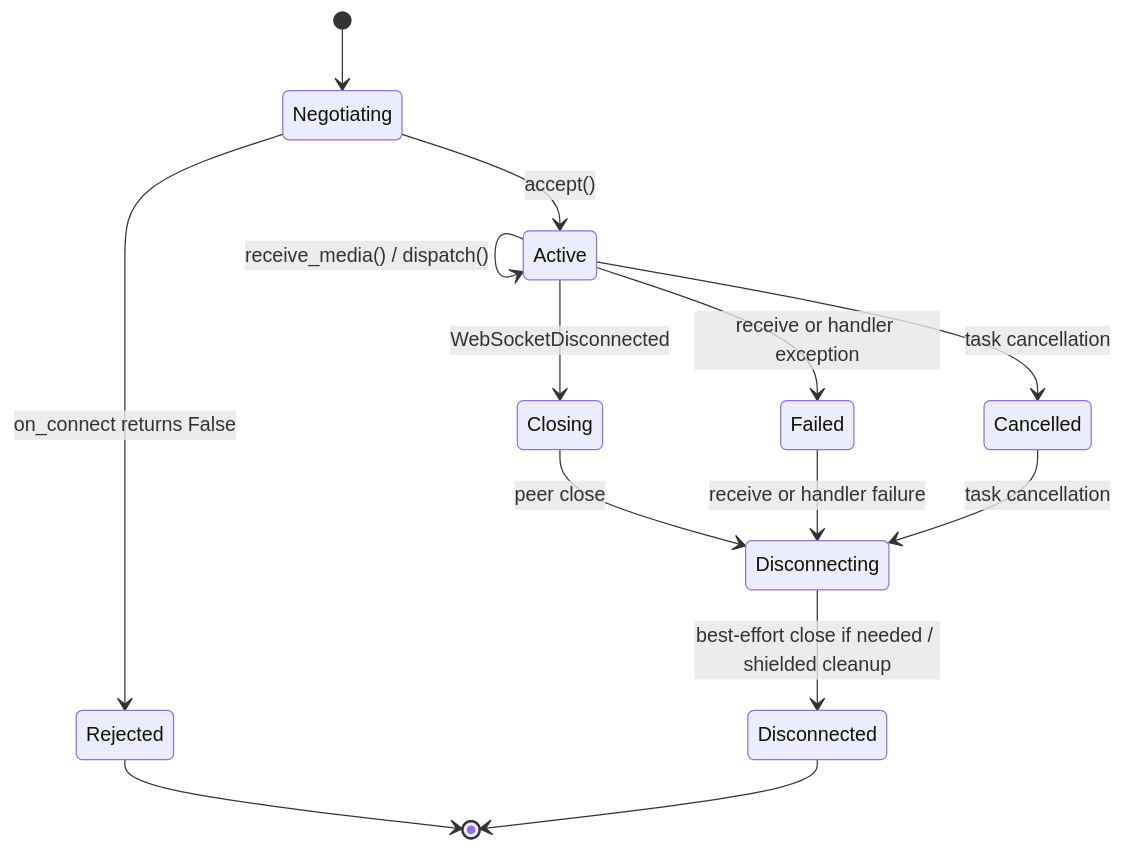
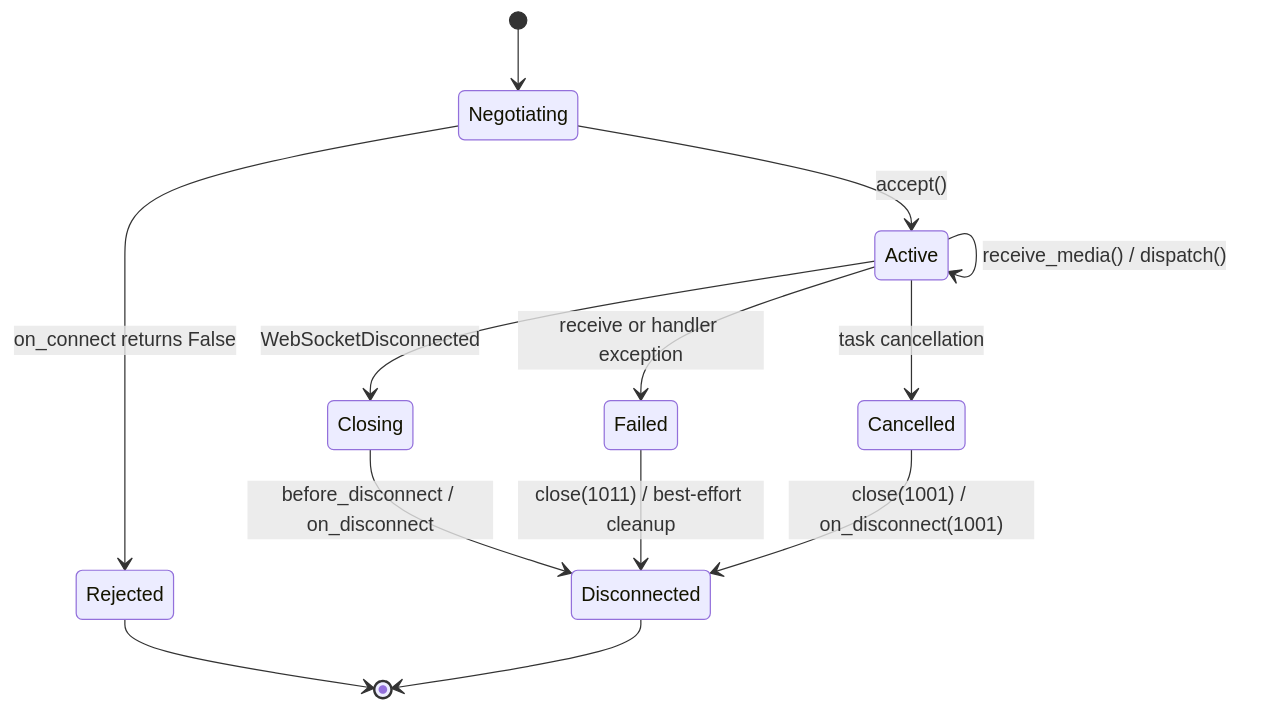
Before and after one commit to leynos/falcon-pachinko: diagram 14 of 20 in docs/falcon-websocket-extension-design.md, drawn with Mermaid. The commit also changed other lines of this file and 94 other files, not shown here.

````diff
--- a/docs/falcon-websocket-extension-design.md
+++ b/docs/falcon-websocket-extension-design.md
@@ -1698,18 +1728,17 @@
 ```mermaid
 stateDiagram-v2
     accTitle: WebSocket session state transitions
     accDescr: Negotiation accepts or rejects. Active dispatches until close, error, or cancellation; cleanup follows.
     [*] --> Negotiating
     Negotiating --> Rejected: on_connect returns False
     Negotiating --> Active: accept()
     Active --> Active: receive_media() / dispatch()
     Active --> Closing: WebSocketDisconnected
     Active --> Failed: receive or handler exception
     Active --> Cancelled: task cancellation
-    Closing --> Disconnecting: peer close
-    Failed --> Disconnecting: receive or handler failure
-    Cancelled --> Disconnecting: task cancellation
-    Disconnecting --> Disconnected: best-effort close if needed / shielded cleanup
+    Closing --> Disconnected: before_disconnect / on_disconnect
+    Failed --> Disconnected: close(1011) / best-effort cleanup
+    Cancelled --> Disconnected: close(1001) / on_disconnect(1001)
     Rejected --> [*]
     Disconnected --> [*]
 ```
````
